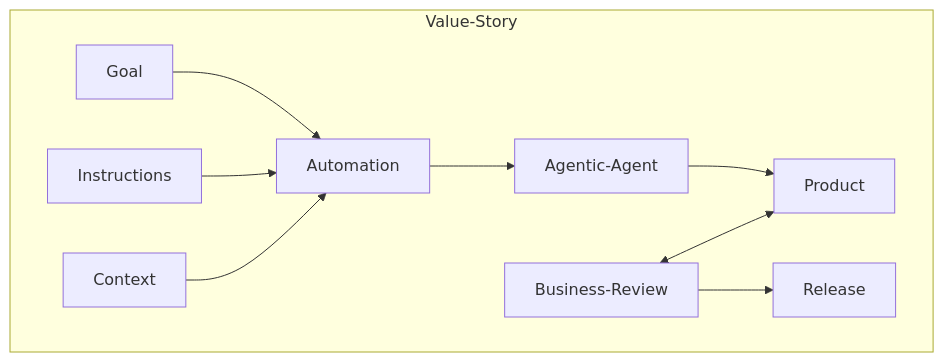
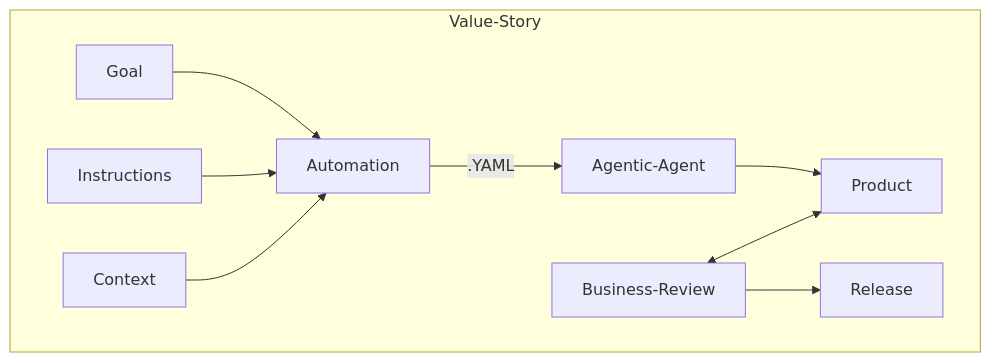
One commit to PatrickHeaney/avs-value-story changed the diagram in README.md. Above: the diagram before and after it, drawn with Mermaid. The commit also changed 1 other file, not shown here.

Commit message:
updated the diagrams to include .YAML as the format going into the "agentic-agent."

````diff
--- a/README.md
+++ b/README.md
@@ -25,12 +25,12 @@
 ```mermaid
 graph TD
     subgraph "Value-Story"
         Goal --> Automation
         Instructions --> Automation
         Context --> Automation
-        Automation --> Agentic-Agent
+        Automation --.YAML --> Agentic-Agent
         Agentic-Agent --> Product
         Business-Review <--> Product
         Business-Review --> Release
     end
 ```
````
